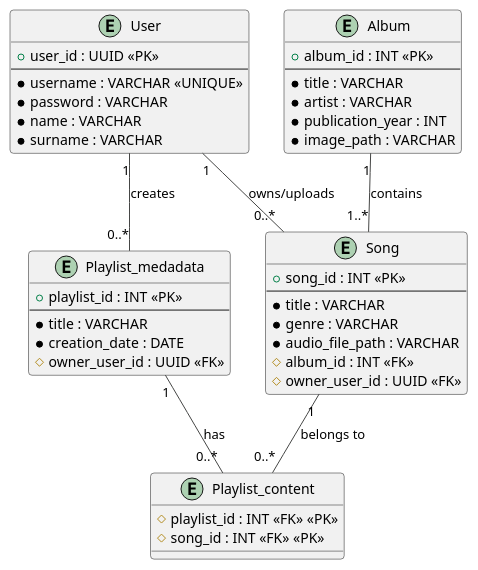
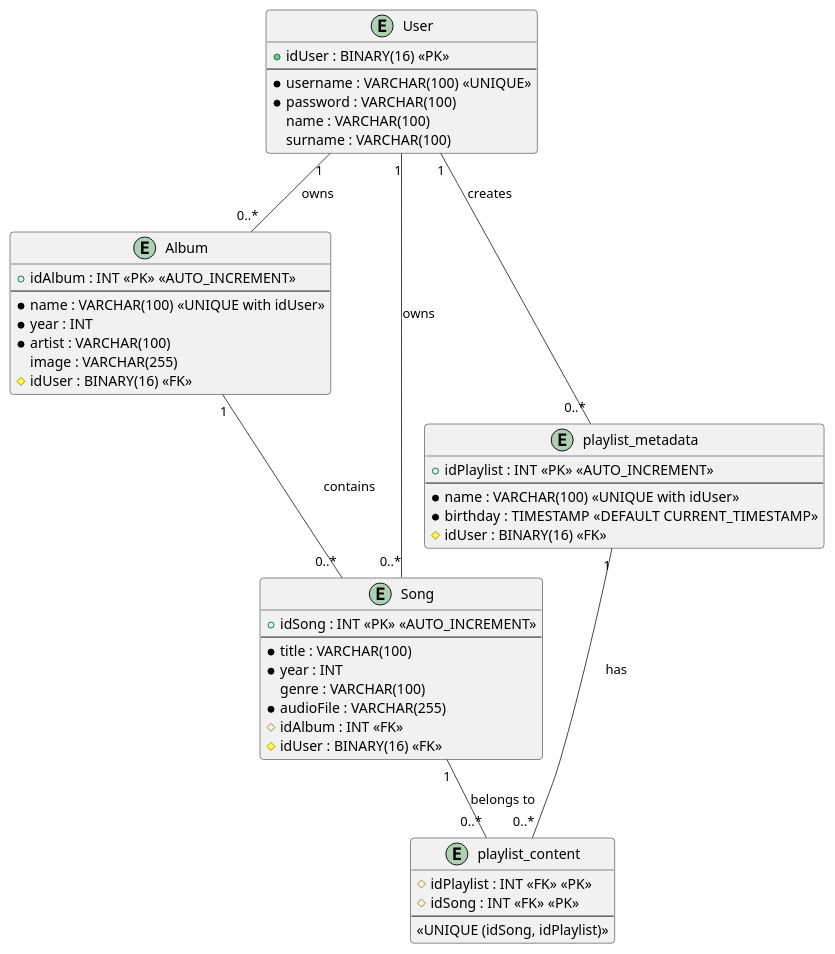
Before and after one commit to Janoww/TIW2015-spolify: the diagram in design/erd.puml, drawn with PlantUML. The commit also changed 1 other file, not shown here.

Commit message:
refactor: modified to satisfy mysql schema.

```diff
--- a/design/erd.puml
+++ b/design/erd.puml
@@ -1,52 +1,57 @@
 @startuml ERD
 
 !theme vibrant
 
 entity User {
-  + user_id : UUID <<PK>>
+  + idUser : BINARY(16) <<PK>>
   --
-  * username : VARCHAR <<UNIQUE>>
-  * password : VARCHAR
-  * name : VARCHAR
-  * surname : VARCHAR
+  * username : VARCHAR(100) <<UNIQUE>>
+  * password : VARCHAR(100)
+  name : VARCHAR(100)
+  surname : VARCHAR(100)
 }
 
 entity Album {
-  + album_id : INT <<PK>>
+  + idAlbum : INT <<PK>> <<AUTO_INCREMENT>>
   --
-  * title : VARCHAR
-  * artist : VARCHAR
-  * publication_year : INT
-  * image_path : VARCHAR
+  * name : VARCHAR(100) <<UNIQUE with idUser>>
+  * year : INT
+  * artist : VARCHAR(100)
+  image : VARCHAR(255)
+  # idUser : BINARY(16) <<FK>>
 }
 
 entity Song {
-  + song_id : INT <<PK>>
+  + idSong : INT <<PK>> <<AUTO_INCREMENT>>
   --
-  * title : VARCHAR
-  * genre : VARCHAR
-  * audio_file_path : VARCHAR
-  # album_id : INT <<FK>>
-  # owner_user_id : UUID <<FK>>
+  * title : VARCHAR(100)
+  * year : INT
+  genre : VARCHAR(100)
+  * audioFile : VARCHAR(255)
+  # idAlbum : INT <<FK>>
+  # idUser : BINARY(16) <<FK>>
 }
 
-entity Playlist_medadata {
-  + playlist_id : INT <<PK>>
+entity playlist_metadata {
+  + idPlaylist : INT <<PK>> <<AUTO_INCREMENT>>
   --
-  * title : VARCHAR
-  * creation_date : DATE
-  # owner_user_id : UUID <<FK>>
+  * name : VARCHAR(100) <<UNIQUE with idUser>>
+  * birthday : TIMESTAMP <<DEFAULT CURRENT_TIMESTAMP>>
+  # idUser : BINARY(16) <<FK>>
 }
 
-entity Playlist_content {
-  # playlist_id : INT <<FK>> <<PK>>
-  # song_id : INT <<FK>> <<PK>>
+entity playlist_content {
+  # idPlaylist : INT <<FK>> <<PK>>
+  # idSong : INT <<FK>> <<PK>>
+  --
+  <<UNIQUE (idSong, idPlaylist)>>
 }
 
-User "1" -- "0..*" Song : owns/uploads
-User "1" -- "0..*" Playlist_medadata : creates
-Album "1" -- "1..*" Song : contains
-Playlist_medadata "1" -- "0..*" Playlist_content : has
-Song "1" -- "0..*" Playlist_content : belongs to
+User "1" -- "0..*" Album : owns
+User "1" -- "0..*" Song : owns
+User "1" -- "0..*" playlist_metadata : creates
+Album "1" -- "0..*" Song : contains
+playlist_metadata "1" -- "0..*" playlist_content : has
+Song "1" -- "0..*" playlist_content : belongs to
 
 @enduml
```
